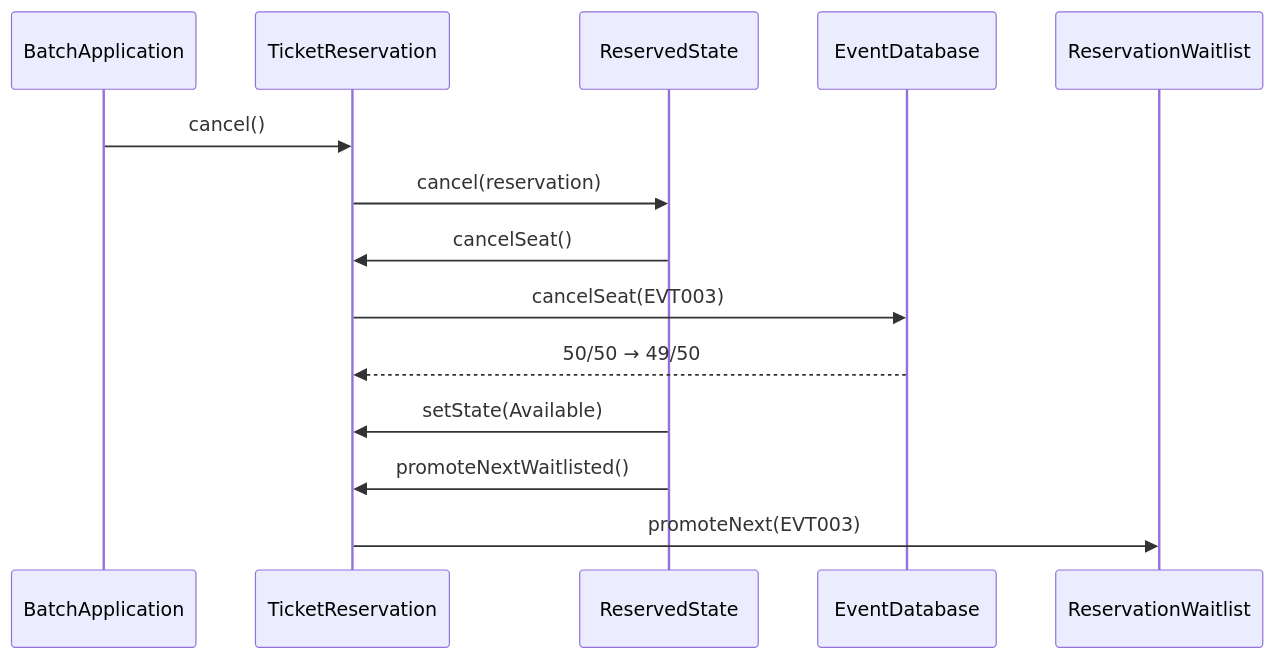
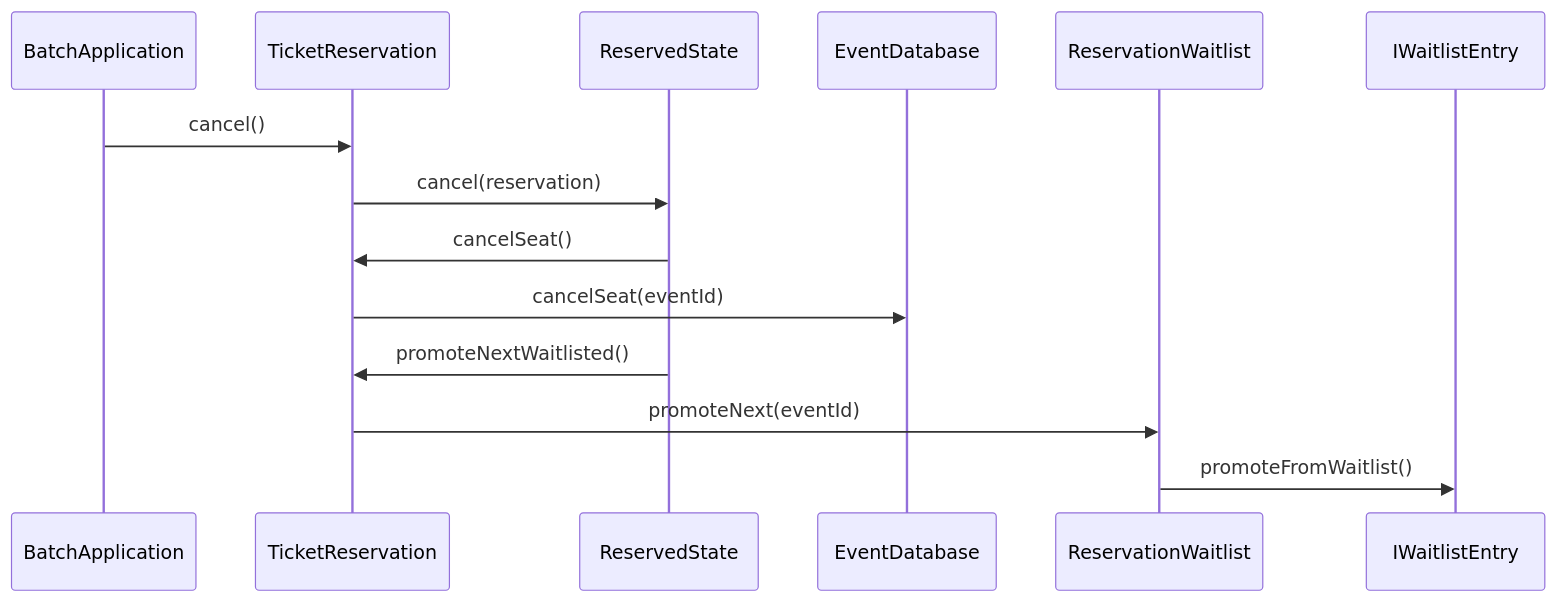
Before and after one commit to kumachan1101-pixel/DesignPattern: diagram 18 of 25 in kindle/design-patterns/books/volume01-core-patterns/output/04-chapter02.md, drawn with Mermaid. The commit also changed other lines of this file and 6 other files, not shown here.

````diff
--- a/kindle/design-patterns/books/volume01-core-patterns/output/04-chapter02.md
+++ b/kindle/design-patterns/books/volume01-core-patterns/output/04-chapter02.md
@@ -1908,17 +1971,17 @@
 ```mermaid
 sequenceDiagram
     participant BA as BatchApplication
     participant R as TicketReservation
     participant S as ReservedState
     participant DB as EventDatabase
     participant WQ as ReservationWaitlist
+    participant E as IWaitlistEntry
 
     BA->>R: cancel()
     R->>S: cancel(reservation)
     S->>R: cancelSeat()
-    R->>DB: cancelSeat(EVT003)
-    DB-->>R: 50/50 → 49/50
-    S->>R: setState(Available)
+    R->>DB: cancelSeat(eventId)
     S->>R: promoteNextWaitlisted()
-    R->>WQ: promoteNext(EVT003)
+    R->>WQ: promoteNext(eventId)
+    WQ->>E: promoteFromWaitlist()
 ```
````
